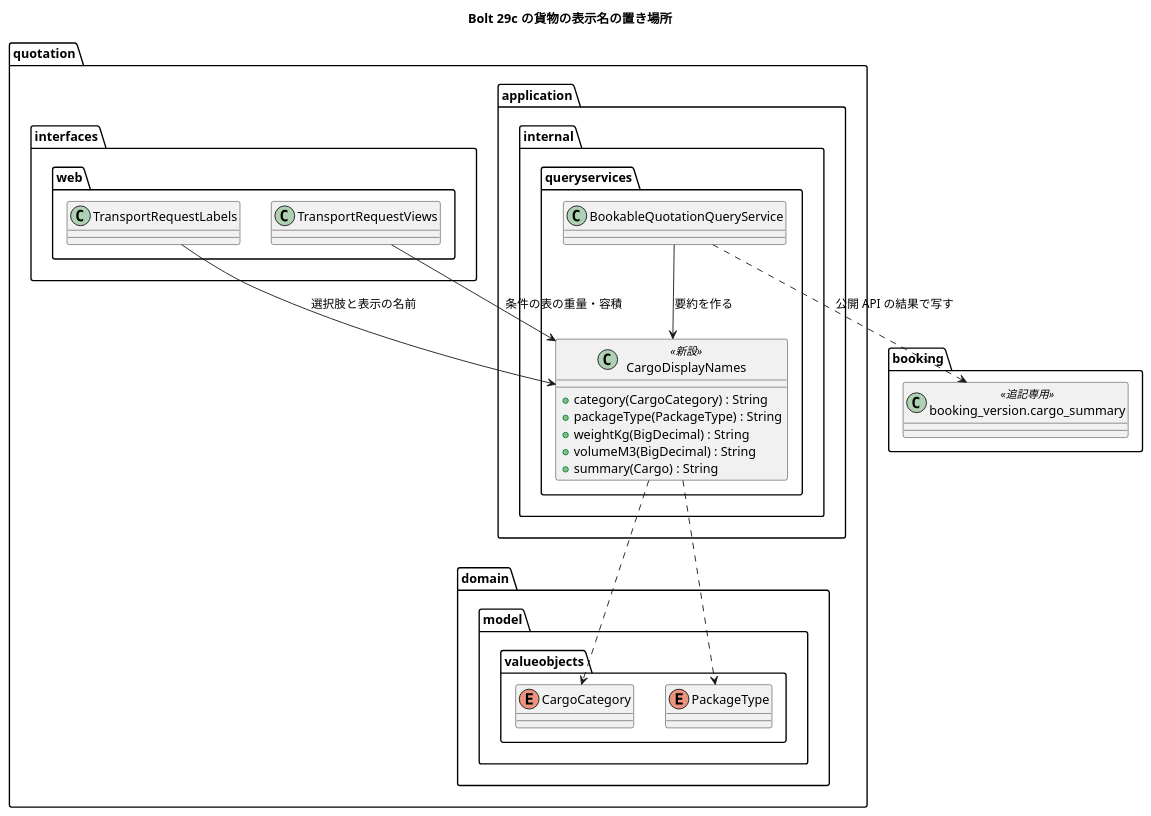
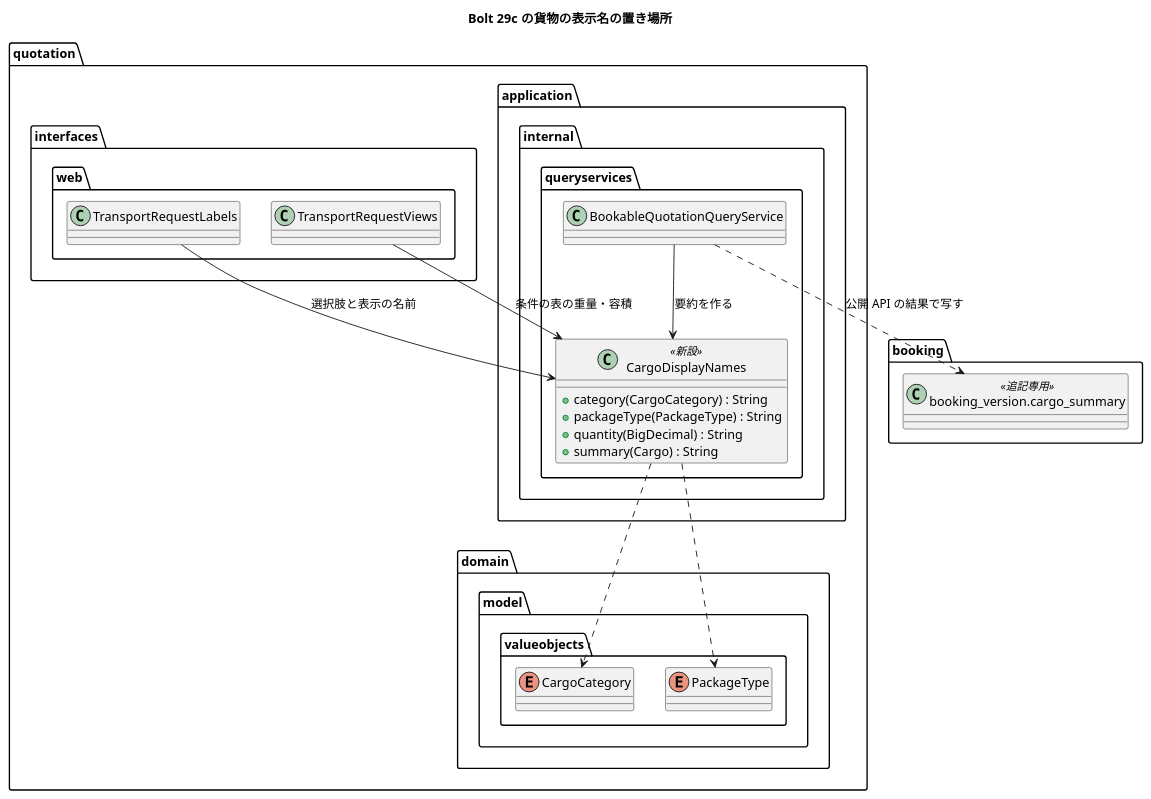
Before and after one commit to k2works/practical-domain-driven-design-in-enterpris-application: the diagram in docs/development/cargo-tracker/bolt_29c_plan.md, drawn with PlantUML. The commit also changed other lines of this file and 10 other files, not shown here.

````diff
--- a/docs/development/cargo-tracker/bolt_29c_plan.md
+++ b/docs/development/cargo-tracker/bolt_29c_plan.md
@@ -91,34 +91,33 @@
 ```plantuml
 @startuml
 title Bolt 29c の貨物の表示名の置き場所
 package "quotation" {
   package "domain.model.valueobjects" {
     enum CargoCategory
     enum PackageType
   }
   package "application.internal.queryservices" {
     class CargoDisplayNames <<新設>> {
       + category(CargoCategory) : String
       + packageType(PackageType) : String
-      + weightKg(BigDecimal) : String
-      + volumeM3(BigDecimal) : String
+      + quantity(BigDecimal) : String
       + summary(Cargo) : String
     }
     class BookableQuotationQueryService
   }
   package "interfaces.web" {
     class TransportRequestLabels
     class TransportRequestViews
   }
 }
 package "booking" {
   class "booking_version.cargo_summary" as summary <<追記専用>>
 }
 CargoDisplayNames ..> CargoCategory
 CargoDisplayNames ..> PackageType
 BookableQuotationQueryService --> CargoDisplayNames : 要約を作る
 TransportRequestLabels --> CargoDisplayNames : 選択肢と表示の名前
 TransportRequestViews --> CargoDisplayNames : 条件の表の重量・容積
 BookableQuotationQueryService ..> summary : 公開 API の結果で写す
 @enduml
 ```
````
